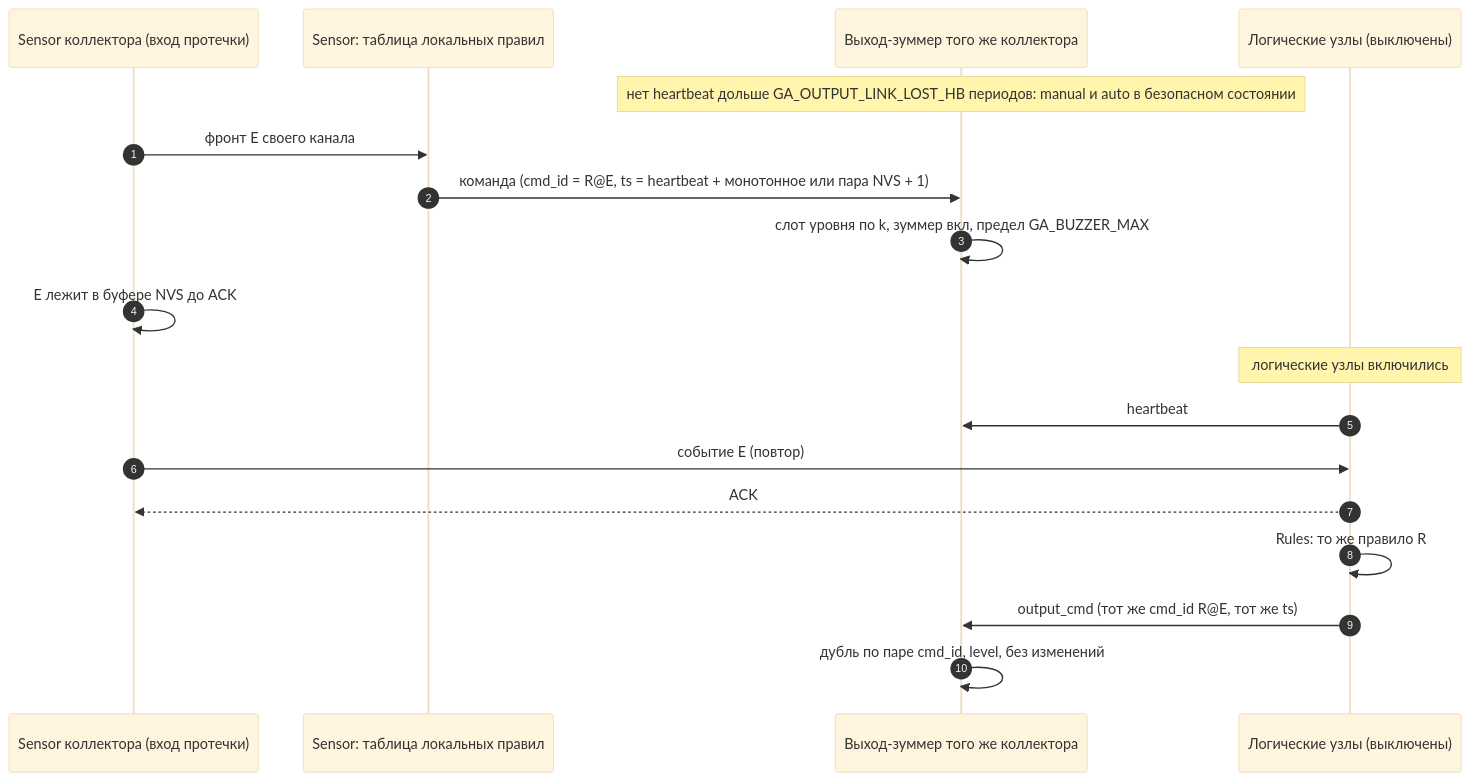
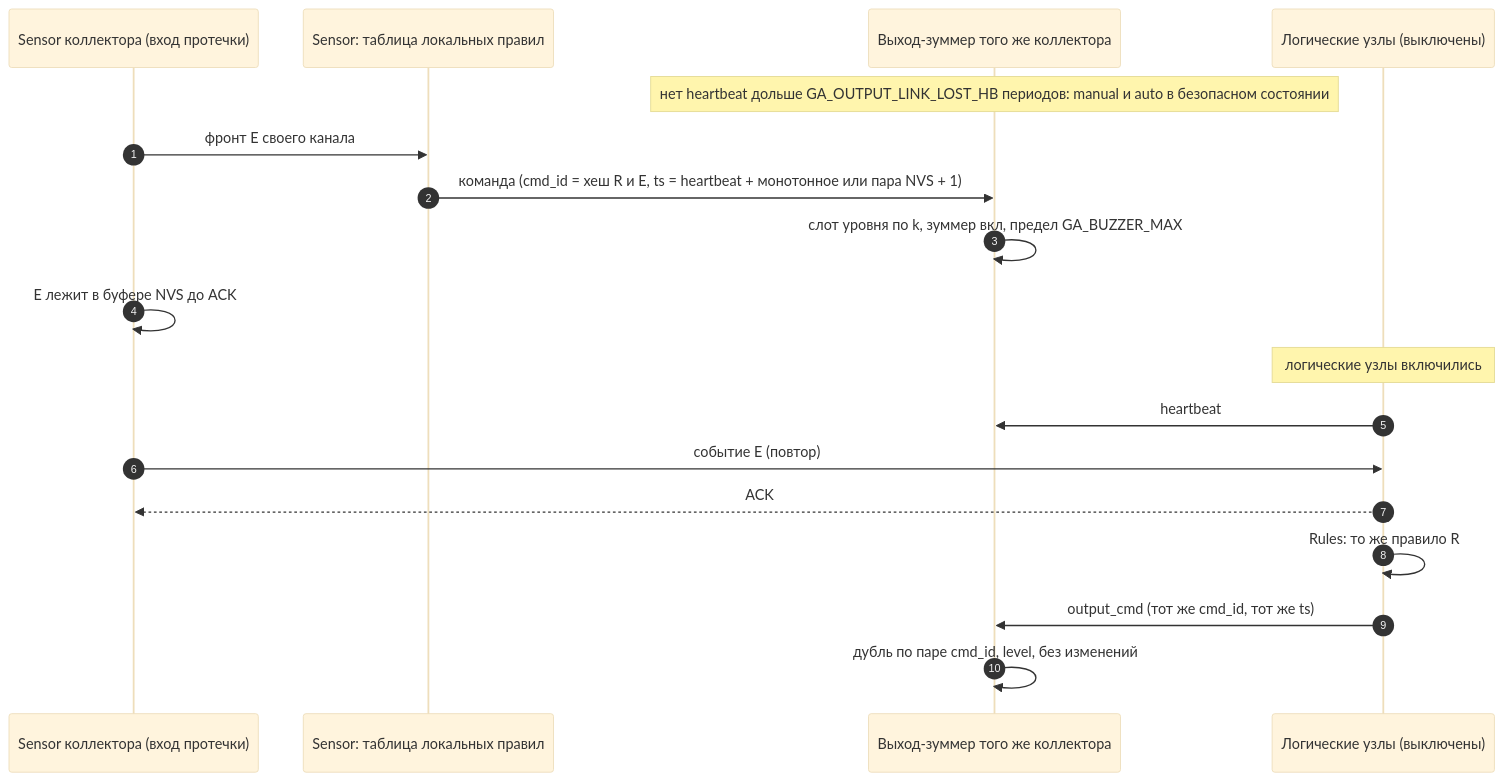
One commit to wol-micro/garageAlarms2.0 changed the seventh of 8 diagrams in _bmad-output/planning-artifacts/protocols-reference/garageAlarms2-протоколы.md. Above: the diagram before and after it, drawn with Mermaid (base theme). The commit also changed other lines of this file and 5 other files, not shown here.

````diff
--- a/_bmad-output/planning-artifacts/protocols-reference/garageAlarms2-протоколы.md
+++ b/_bmad-output/planning-artifacts/protocols-reference/garageAlarms2-протоколы.md
@@ -1088,20 +1092,20 @@
 ```mermaid
 sequenceDiagram
   autonumber
   participant SN as Sensor коллектора (вход протечки)
   participant LR as Sensor: таблица локальных правил
   participant OUT as Выход-зуммер того же коллектора
   participant L as Логические узлы (выключены)
   Note over OUT: нет heartbeat дольше GA_OUTPUT_LINK_LOST_HB периодов: manual и auto в безопасном состоянии
   SN->>LR: фронт E своего канала
-  LR->>OUT: команда (cmd_id = R@E, ts = heartbeat + монотонное или пара NVS + 1)
+  LR->>OUT: команда (cmd_id = хеш R и E, ts = heartbeat + монотонное или пара NVS + 1)
   OUT->>OUT: слот уровня по k, зуммер вкл, предел GA_BUZZER_MAX
   SN->>SN: E лежит в буфере NVS до ACK
   Note over L: логические узлы включились
   L->>OUT: heartbeat
   SN->>L: событие E (повтор)
   L-->>SN: ACK
   L->>L: Rules: то же правило R
-  L->>OUT: output_cmd (тот же cmd_id R@E, тот же ts)
+  L->>OUT: output_cmd (тот же cmd_id, тот же ts)
   OUT->>OUT: дубль по паре cmd_id, level, без изменений
 ```
````
